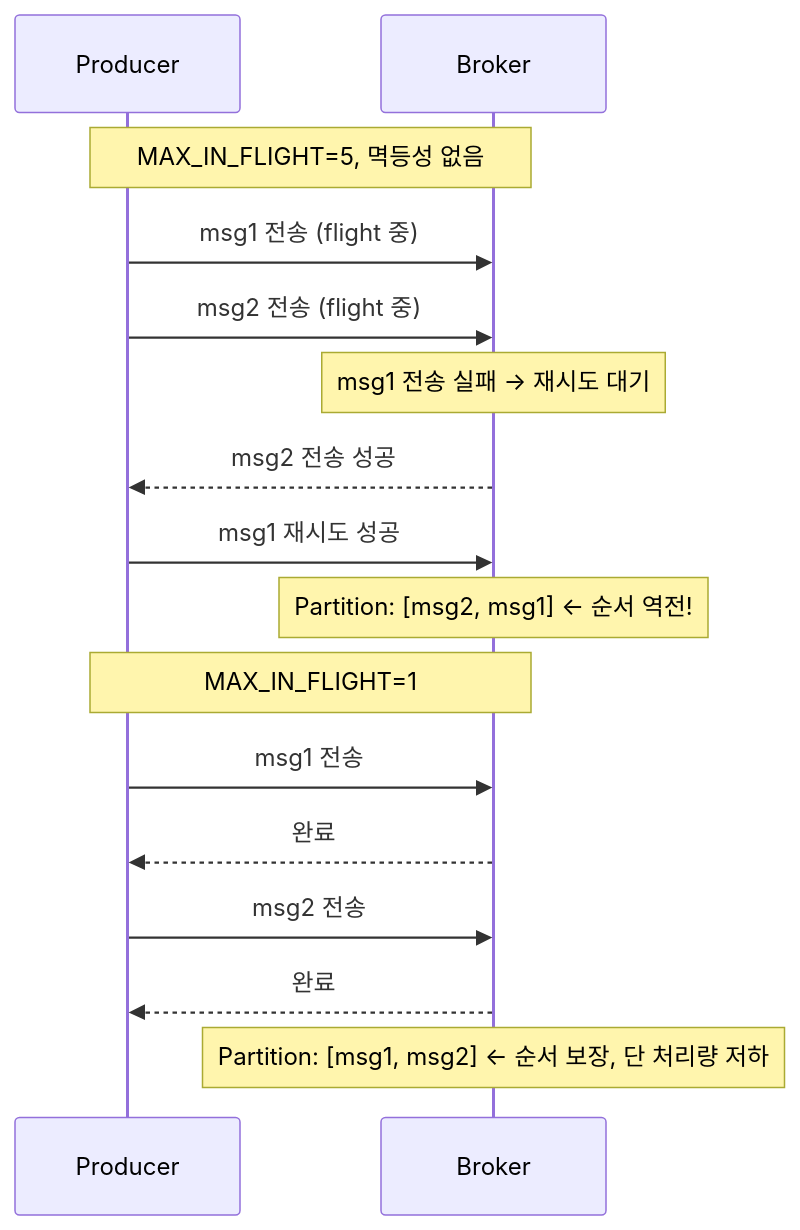
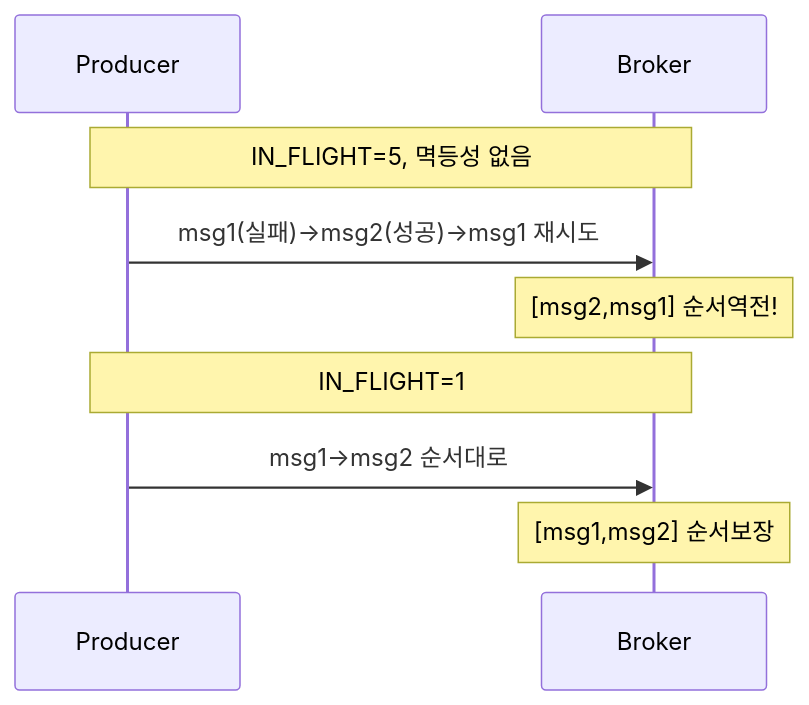
Diagram 21 of 21 in _posts/kafka/2026-05-01-kafka-extreme-scenarios.md (yjkim2015/yjkim2015.github.io), drawn with Mermaid before and after one commit. The commit also changed other lines of this file and 215 other files, not shown here.

First line of the commit message:
신규 포스트 10개 추가 + Mermaid 전면 축소 + SystemDesign 시리즈 보강

````diff
--- a/_posts/kafka/2026-05-01-kafka-extreme-scenarios.md
+++ b/_posts/kafka/2026-05-01-kafka-extreme-scenarios.md
@@ -707,19 +639,11 @@
 ```mermaid
 sequenceDiagram
     participant P as Producer
     participant B as Broker
-    Note over P,B: MAX_IN_FLIGHT=5, 멱등성 없음
-    P->>B: msg1 전송 (flight 중)
-    P->>B: msg2 전송 (flight 중)
-    Note over B: msg1 전송 실패 → 재시도 대기
-    B-->>P: msg2 전송 성공
-    P->>B: msg1 재시도 성공
-    Note over B: Partition: [msg2, msg1] ← 순서 역전!
-
-    Note over P,B: MAX_IN_FLIGHT=1
-    P->>B: msg1 전송
-    B-->>P: 완료
-    P->>B: msg2 전송
-    B-->>P: 완료
-    Note over B: Partition: [msg1, msg2] ← 순서 보장, 단 처리량 저하
+    Note over P,B: IN_FLIGHT=5, 멱등성 없음
+    P->>B: msg1(실패)→msg2(성공)→msg1 재시도
+    Note over B: [msg2,msg1] 순서역전!
+    Note over P,B: IN_FLIGHT=1
+    P->>B: msg1→msg2 순서대로
+    Note over B: [msg1,msg2] 순서보장
 ```
````
